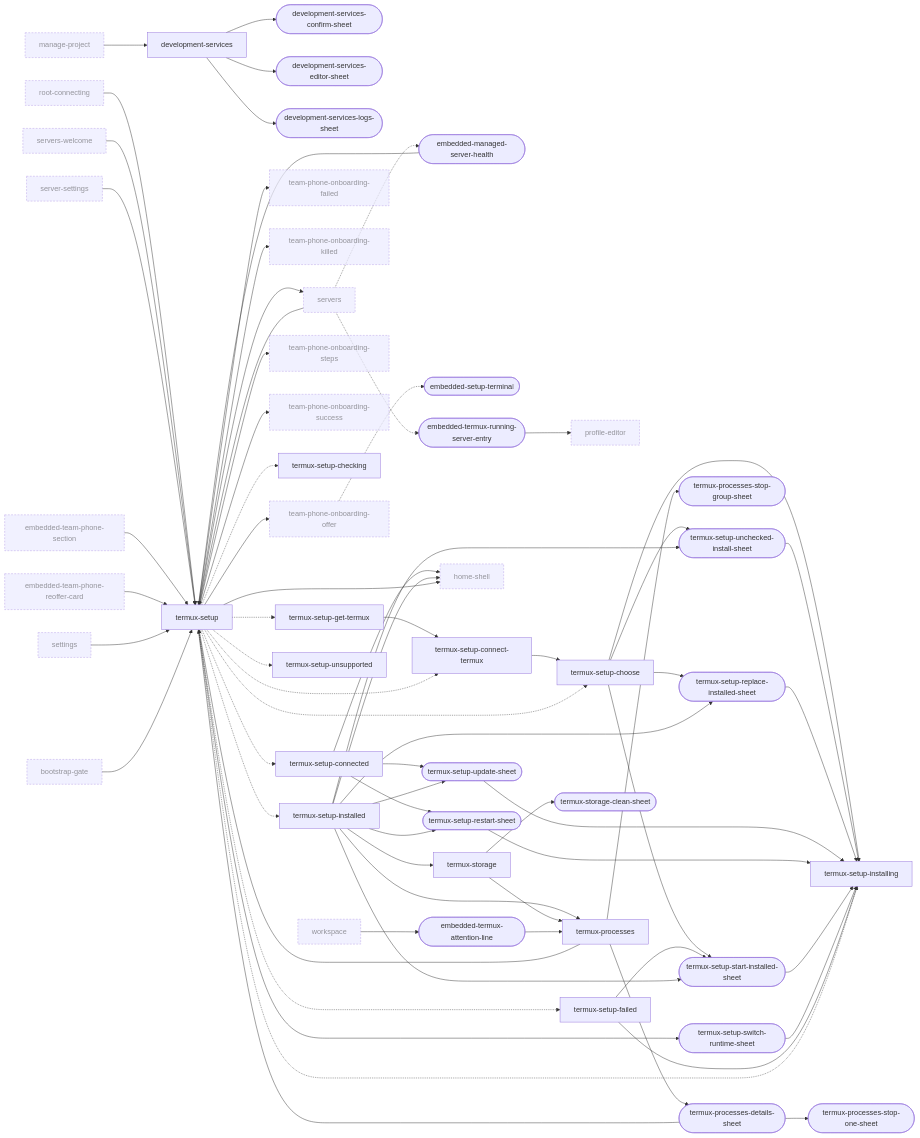
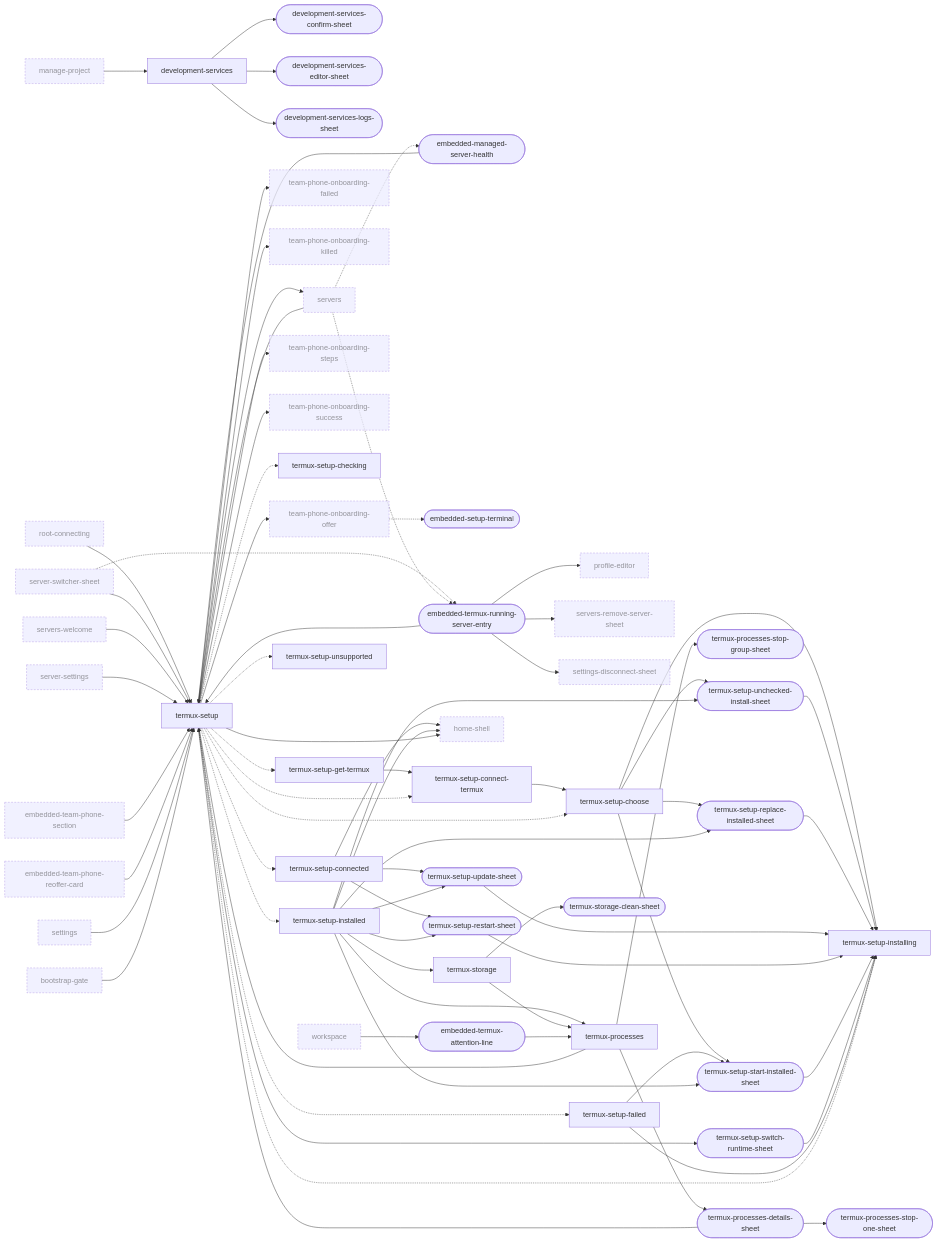
The sixth of 10 diagrams in docs/design/ui-ledger/navigation.md (Breskott/opencode-mobile-next), drawn with Mermaid before and after one commit. The commit also changed other lines of this file and 19 other files, not shown here.

First line of the commit message:
feat(shell): the server name in the app bar is the server switcher

```diff
--- a/docs/design/ui-ledger/navigation.md
+++ b/docs/design/ui-ledger/navigation.md
@@ -785,9 +799,12 @@
   profile_editor["profile-editor"]:::ext
   root_connecting["root-connecting"]:::ext
   server_settings["server-settings"]:::ext
+  server_switcher_sheet["server-switcher-sheet"]:::ext
   servers["servers"]:::ext
+  servers_remove_server_sheet["servers-remove-server-sheet"]:::ext
   servers_welcome["servers-welcome"]:::ext
   settings["settings"]:::ext
+  settings_disconnect_sheet["settings-disconnect-sheet"]:::ext
   team_phone_onboarding_failed["team-phone-onboarding-failed"]:::ext
   team_phone_onboarding_killed["team-phone-onboarding-killed"]:::ext
   team_phone_onboarding_offer["team-phone-onboarding-offer"]:::ext
@@ -817,6 +834,7 @@
   termux_storage_clean_sheet(["termux-storage-clean-sheet"])
   workspace["workspace"]:::ext
   root_connecting --> termux_setup
+  server_switcher_sheet --> termux_setup
   workspace --> embedded_termux_attention_line
   manage_project --> development_services
   servers --> termux_setup
@@ -847,6 +865,9 @@
   development_services --> development_services_editor_sheet
   development_services --> development_services_confirm_sheet
   development_services --> development_services_logs_sheet
+  embedded_termux_running_server_entry --> settings_disconnect_sheet
+  embedded_termux_running_server_entry --> termux_setup
+  embedded_termux_running_server_entry --> servers_remove_server_sheet
   embedded_managed_server_health --> termux_setup
   embedded_termux_attention_line --> termux_processes
   embedded_team_phone_section --> termux_setup
@@ -876,6 +897,7 @@
   termux_setup -.-> termux_setup_connected
   termux_setup -.-> termux_setup_failed
   termux_setup -.-> termux_setup_installed
+  server_switcher_sheet -.-> embedded_termux_running_server_entry
   servers -.-> embedded_termux_running_server_entry
   servers -.-> embedded_managed_server_health
   team_phone_onboarding_offer -.-> embedded_setup_terminal
```
